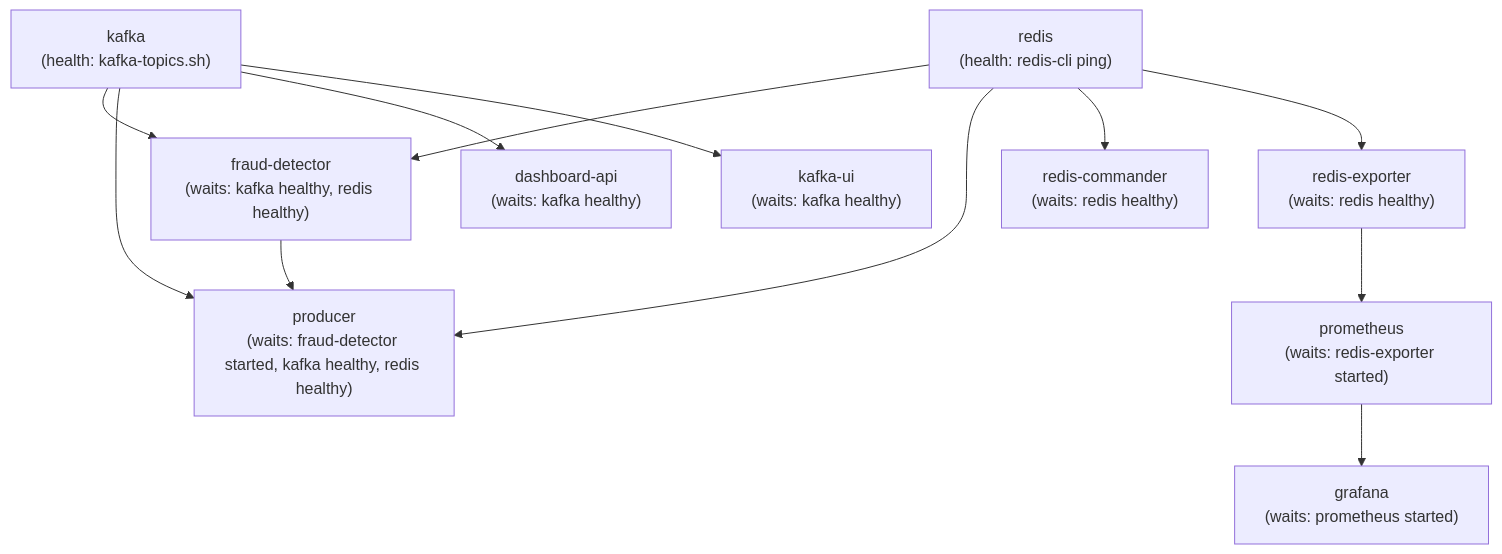
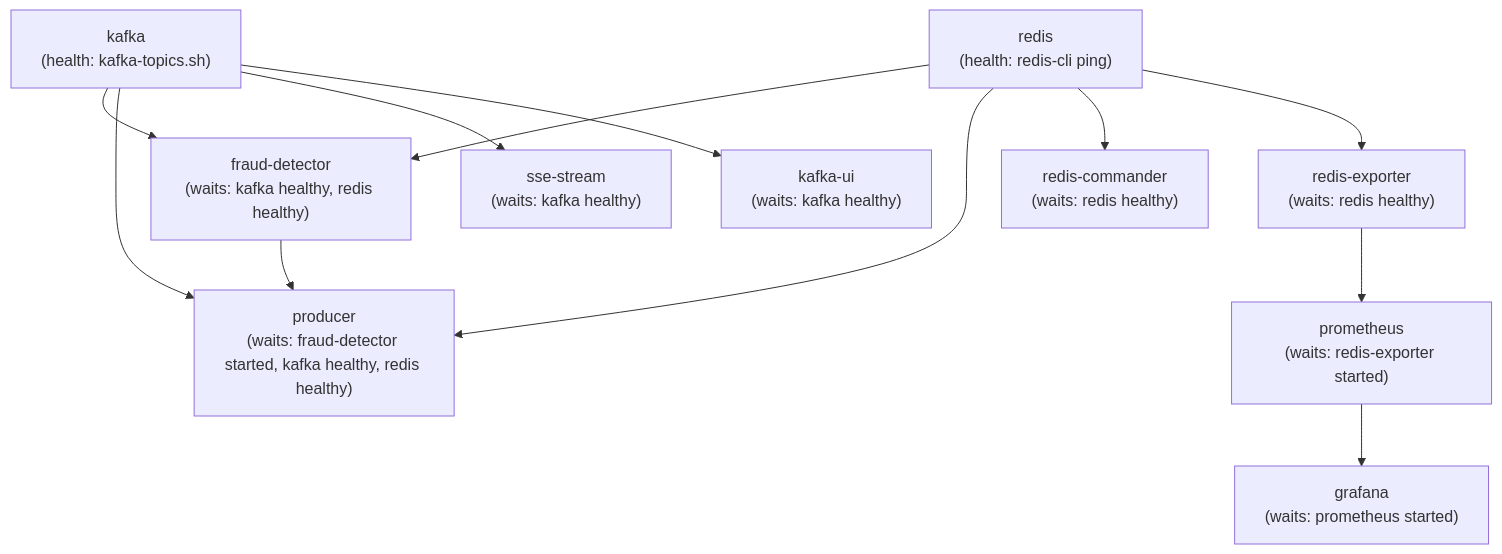
Before and after one commit to Mathew270/Fraud-Detection: the diagram in documentation/infrastructure.md, drawn with Mermaid. The commit also changed other lines of this file and 43 other files, not shown here.

Commit message:
Refactor dashboard_api to sse_stream and fix build configs

````diff
--- a/documentation/infrastructure.md
+++ b/documentation/infrastructure.md
@@ -174,25 +174,25 @@
 ```mermaid
 flowchart TD
     Kafka["kafka\n(health: kafka-topics.sh)"]
     Redis["redis\n(health: redis-cli ping)"]
     FraudDet["fraud-detector\n(waits: kafka healthy, redis healthy)"]
     Producer["producer\n(waits: fraud-detector started, kafka healthy, redis healthy)"]
-    DashApi["dashboard-api\n(waits: kafka healthy)"]
+    DashApi["sse-stream\n(waits: kafka healthy)"]
     KafkaUI["kafka-ui\n(waits: kafka healthy)"]
     RedisCmd["redis-commander\n(waits: redis healthy)"]
     RedisExp["redis-exporter\n(waits: redis healthy)"]
     Prometheus["prometheus\n(waits: redis-exporter started)"]
     Grafana["grafana\n(waits: prometheus started)"]
 
     Kafka --> FraudDet
     Redis --> FraudDet
     FraudDet --> Producer
     Kafka --> Producer
     Redis --> Producer
     Kafka --> DashApi
     Kafka --> KafkaUI
     Redis --> RedisCmd
     Redis --> RedisExp
     RedisExp --> Prometheus
     Prometheus --> Grafana
 ```
````
